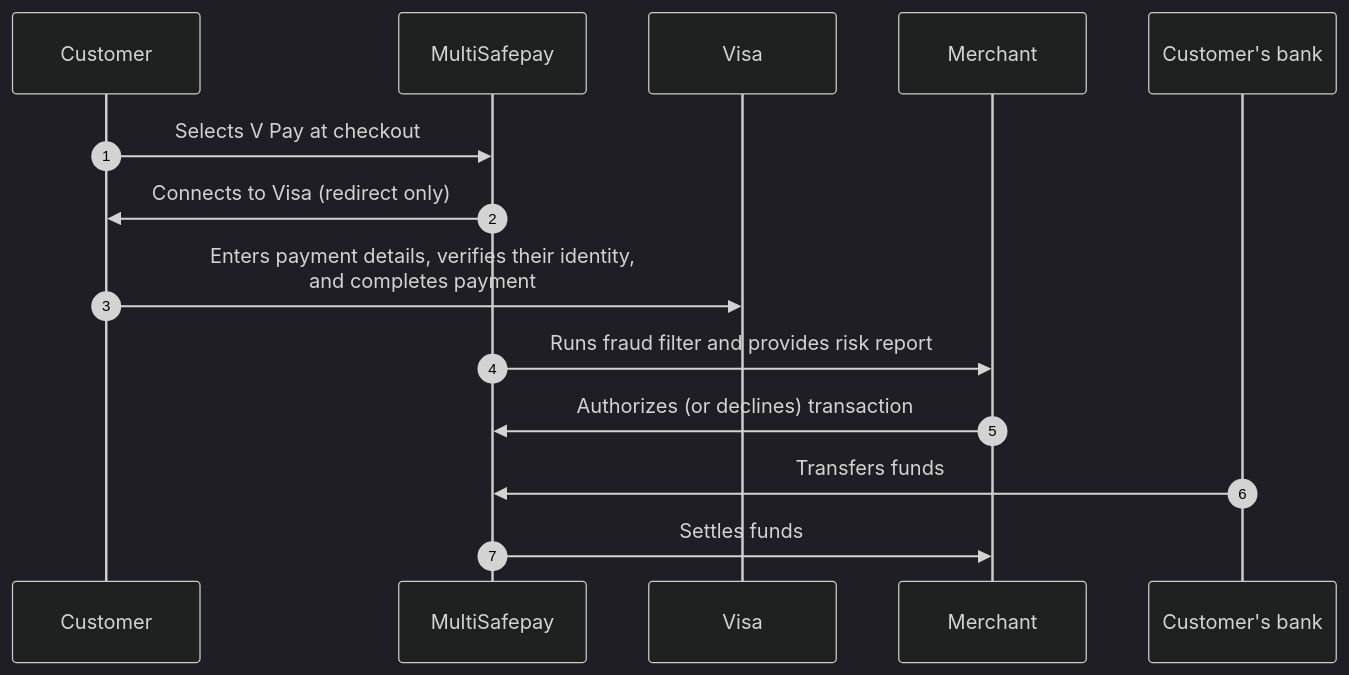
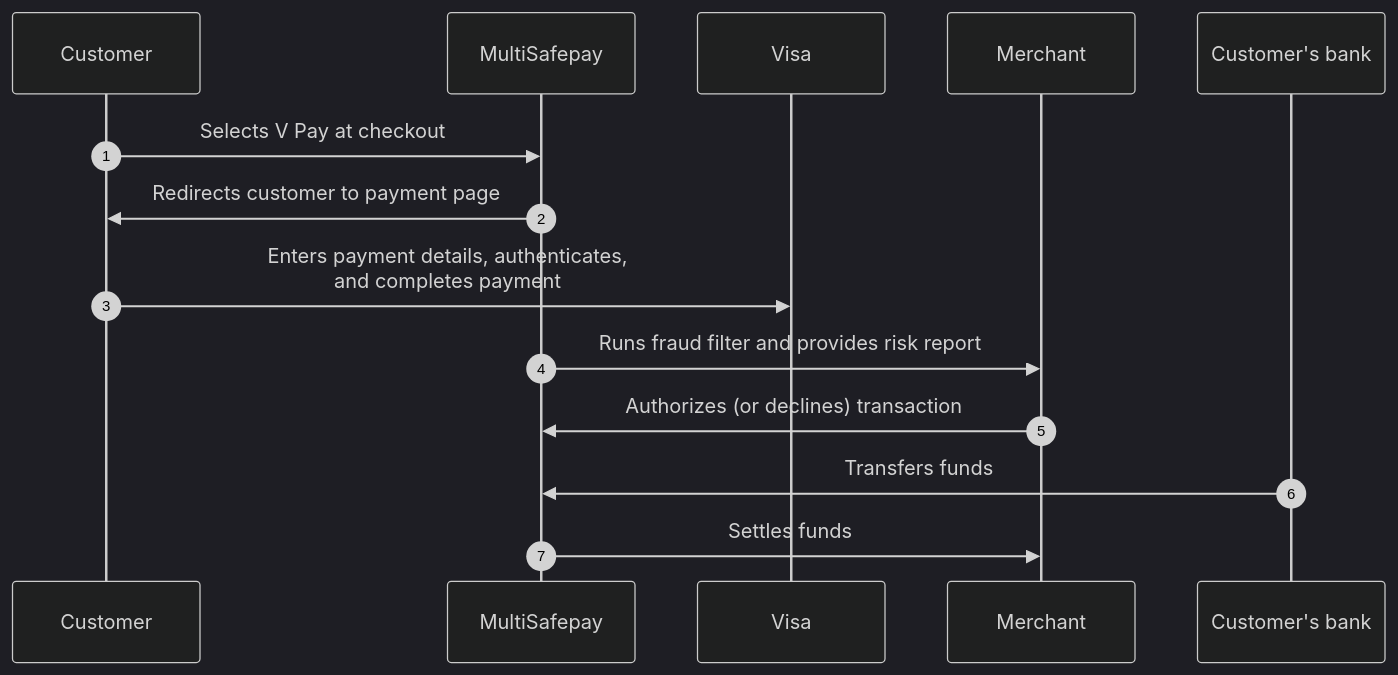
The diagram in content/payments/methods/credit-and-debit-cards/vpay/payment-flow.md (MultiSafepay/docs), drawn with Mermaid (dark theme) before and after one commit. The commit also changed other lines of this file and 20 other files, not shown here.

```diff
--- a/content/payments/methods/credit-and-debit-cards/vpay/payment-flow.md
+++ b/content/payments/methods/credit-and-debit-cards/vpay/payment-flow.md
@@ -16,20 +16,20 @@
 {{< mermaid class="text-center" >}}
 
 sequenceDiagram
     autonumber
     participant C as Customer
     participant Mu as MultiSafepay
     participant V as Visa
     participant Me as Merchant
     participant CB as Customer's bank
 
     C->>Mu: Selects V Pay at checkout
-    Mu->>C: Connects to Visa (redirect only)
-    C->>V: Enters payment details, verifies their identity, <br> and completes payment
+    Mu->>C: Redirects customer to payment page
+    C->>V: Enters payment details, authenticates, <br> and completes payment
     Mu->>Me: Runs fraud filter and provides risk report
     Me->>Mu: Authorizes (or declines) transaction
     CB->>Mu: Transfers funds 
     Mu->>Me: Settles funds
        
 
 {{< /mermaid >}}
```
